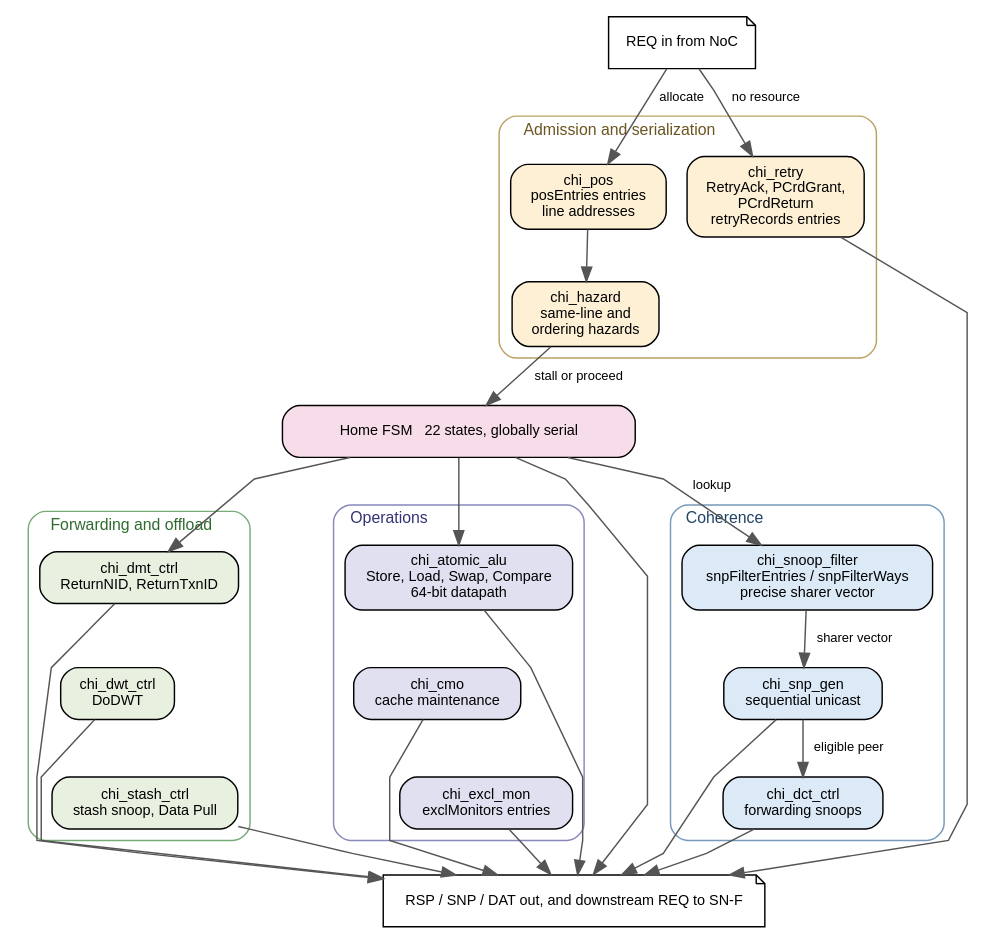
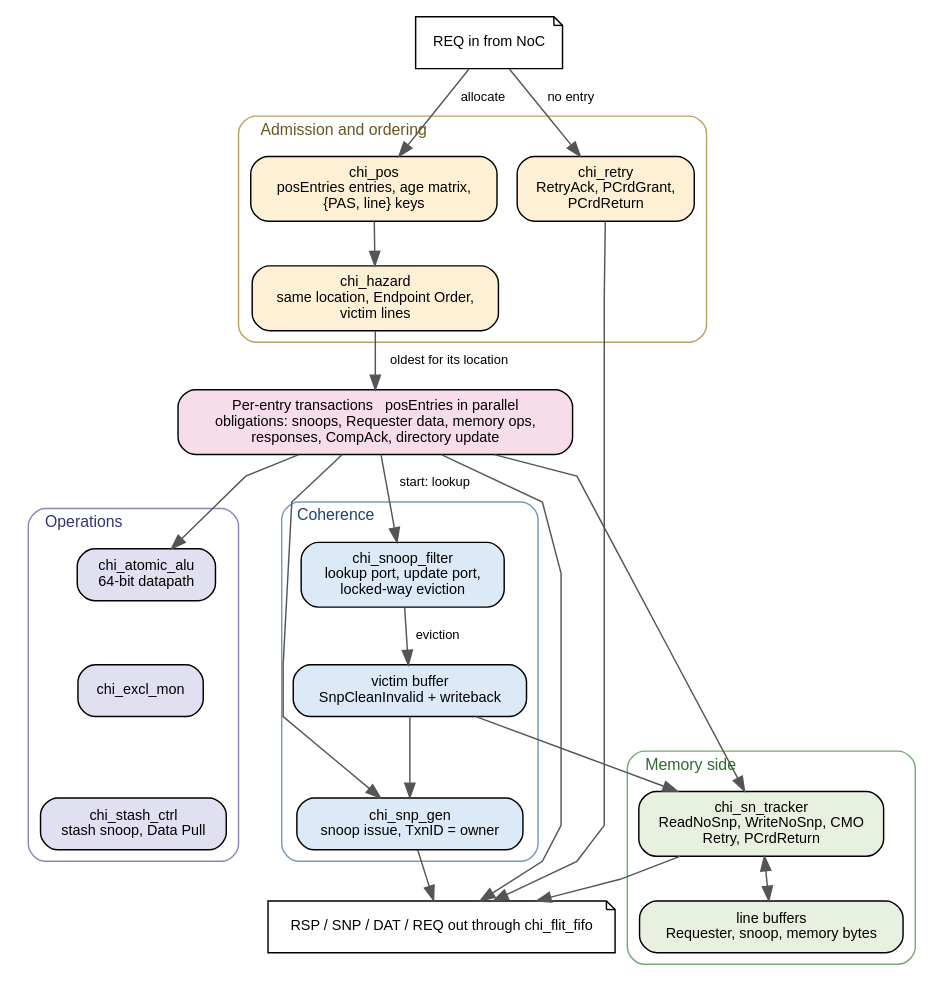
Before and after one commit to Swasthikkamath/chi_rtl: the diagram in doc-src/figures/chi_hnf.dot, drawn with Graphviz. The commit also changed 17 other files, not shown here.

```diff
--- a/doc-src/figures/chi_hnf.dot
+++ b/doc-src/figures/chi_hnf.dot
@@ -1,78 +1,76 @@
 // Internal architecture of the coherent Home Node, chi_hnf_top.
 // Rendered by the doc target; see Makefile.
 //
 // Laid out top to bottom so the figure fits a portrait page: a request is
-// admitted or retried, serialized against the POS, driven by one globally
-// serial FSM, and dispatched to whichever engine the opcode selects.
+// admitted or retried, allocated a POS entry, held by the hazard check until
+// it is the oldest transaction for its location, started against the
+// directory, and then runs its own obligations through the shared engines.
 digraph chiHnf {
   rankdir=TB;
   splines=polyline;
   nodesep=0.2;
   ranksep=0.42;
   bgcolor="white";
   node [shape=box, style="rounded,filled", fillcolor="#f5f5f5",
         fontname="Helvetica", fontsize=10, margin="0.14,0.08"];
   edge [fontname="Helvetica", fontsize=9, color="#555555"];
   graph [fontname="Helvetica", fontsize=11, labeljust="l"];
 
   req [label="REQ in from NoC", shape=note, fillcolor="#ffffff"];
 
   subgraph cluster_admit {
-    label="Admission and serialization";
+    label="Admission and ordering";
     style="rounded"; color="#bba060"; fontcolor="#6b5520";
-    retry  [label="chi_retry\nRetryAck, PCrdGrant,\nPCrdReturn\nretryRecords entries", fillcolor="#fdf0d5"];
-    pos    [label="chi_pos\nposEntries entries\nline addresses", fillcolor="#fdf0d5"];
-    hazard [label="chi_hazard\nsame-line and\nordering hazards", fillcolor="#fdf0d5"];
+    retry  [label="chi_retry\nRetryAck, PCrdGrant,\nPCrdReturn", fillcolor="#fdf0d5"];
+    pos    [label="chi_pos\nposEntries entries, age matrix,\n{PAS, line} keys", fillcolor="#fdf0d5"];
+    hazard [label="chi_hazard\nsame location, Endpoint Order,\nvictim lines", fillcolor="#fdf0d5"];
   }
 
-  fsm [label="Home FSM   22 states, globally serial", fillcolor="#f7dce9", width=3.4];
+  entries [label="Per-entry transactions   posEntries in parallel\nobligations: snoops, Requester data, memory ops,\nresponses, CompAck, directory update",
+    fillcolor="#f7dce9", width=3.8];
+
+  subgraph cluster_coh {
+    label="Coherence";
+    style="rounded"; color="#7799bb"; fontcolor="#224466";
+    sf     [label="chi_snoop_filter\nlookup port, update port,\nlocked-way eviction", fillcolor="#dce9f7"];
+    snpgen [label="chi_snp_gen\nsnoop issue, TxnID = owner", fillcolor="#dce9f7"];
+    vb     [label="victim buffer\nSnpCleanInvalid + writeback", fillcolor="#dce9f7"];
+  }
+
+  subgraph cluster_mem {
+    label="Memory side";
+    style="rounded"; color="#77aa77"; fontcolor="#2f6b2f";
+    tracker [label="chi_sn_tracker\nReadNoSnp, WriteNoSnp, CMO\nRetry, PCrdReturn", fillcolor="#e8f0e0"];
+    buf     [label="line buffers\nRequester, snoop, memory bytes", fillcolor="#e8f0e0"];
+  }
 
   subgraph cluster_ops {
     label="Operations";
     style="rounded"; color="#8888bb"; fontcolor="#333377";
-    alu  [label="chi_atomic_alu\nStore, Load, Swap, Compare\n64-bit datapath", fillcolor="#e0e0f0"];
-    cmo  [label="chi_cmo\ncache maintenance", fillcolor="#e0e0f0"];
-    excl [label="chi_excl_mon\nexclMonitors entries", fillcolor="#e0e0f0"];
+    alu   [label="chi_atomic_alu\n64-bit datapath", fillcolor="#e0e0f0"];
+    excl  [label="chi_excl_mon", fillcolor="#e0e0f0"];
+    stash [label="chi_stash_ctrl\nstash snoop, Data Pull", fillcolor="#e0e0f0"];
   }
 
-  subgraph cluster_fwd {
-    label="Forwarding and offload";
-    style="rounded"; color="#77aa77"; fontcolor="#2f6b2f";
-    dmt   [label="chi_dmt_ctrl\nReturnNID, ReturnTxnID", fillcolor="#e8f0e0"];
-    dwt   [label="chi_dwt_ctrl\nDoDWT", fillcolor="#e8f0e0"];
-    stash [label="chi_stash_ctrl\nstash snoop, Data Pull", fillcolor="#e8f0e0"];
-  }
-
-  subgraph cluster_coh {
-    label="Coherence";
-    style="rounded"; color="#7799bb"; fontcolor="#224466";
-    sf     [label="chi_snoop_filter\nsnpFilterEntries / snpFilterWays\nprecise sharer vector", fillcolor="#dce9f7"];
-    snpgen [label="chi_snp_gen\nsequential unicast", fillcolor="#dce9f7"];
-    dct    [label="chi_dct_ctrl\nforwarding snoops", fillcolor="#dce9f7"];
-  }
-
-  out [label="RSP / SNP / DAT out, and downstream REQ to SN-F",
+  out [label="RSP / SNP / DAT / REQ out through chi_flit_fifo",
     shape=note, fillcolor="#ffffff"];
 
   req -> pos   [label="  allocate"];
-  req -> retry [label="  no resource"];
+  req -> retry [label="  no entry"];
   pos -> hazard;
-  hazard -> fsm [label="  stall or proceed"];
+  hazard -> entries [label="  oldest for its location"];
 
-  fsm -> sf [label="  lookup"];
-  sf -> snpgen [label="  sharer vector"];
-  snpgen -> dct [label="  eligible peer"];
-
-  // Each engine group is chained into a column rather than spread across a
-  // rank, so the figure stays narrow enough to be legible on a portrait page.
-  fsm -> dmt; dmt -> dwt [style=invis]; dwt -> stash [style=invis];
-  fsm -> alu; alu -> cmo [style=invis]; cmo -> excl [style=invis];
-  fsm -> dwt [style=invis]; fsm -> stash [style=invis];
-  fsm -> cmo [style=invis]; fsm -> excl [style=invis];
+  entries -> sf [label="  start: lookup"];
+  entries -> snpgen;
+  sf -> vb [label="  eviction"];
+  vb -> snpgen;
+  entries -> tracker;
+  vb -> tracker;
+  tracker -> buf [dir=both];
+  entries -> alu; alu -> excl [style=invis]; excl -> stash [style=invis];
 
   snpgen -> out;
-  dct -> out; dmt -> out; dwt -> out; stash -> out;
-  alu -> out; cmo -> out; excl -> out;
-  fsm -> out;
+  tracker -> out;
+  entries -> out;
   retry -> out;
 }
```
